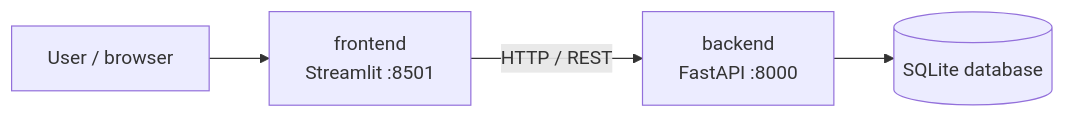
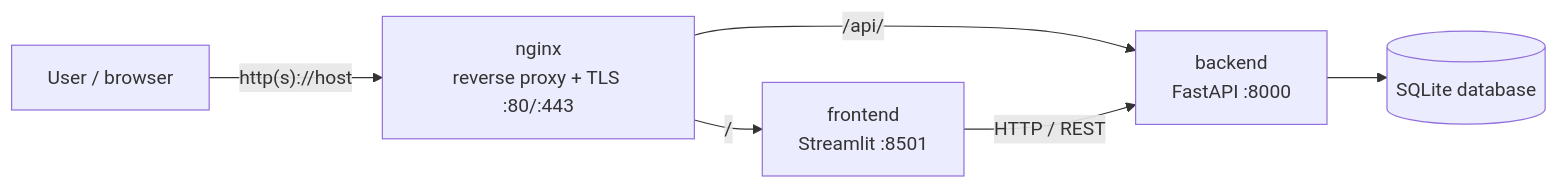
One commit to juro-candf/zadania-wdrozeniowe changed the diagram in README.md. Above: the diagram before and after it, drawn with Mermaid. The commit also changed other lines of this file and 3 other files, not shown here.

Commit message:
feature/reverse proxy

````diff
--- a/README.md
+++ b/README.md
@@ -57,6 +61,8 @@
 ```mermaid
 graph LR
-    U[User / browser] --> F[frontend<br/>Streamlit :8501]
-    F -- HTTP / REST --> B[backend<br/>FastAPI :8000]
+    U[User / browser] -->|"http(s)://host"| N[nginx<br/>reverse proxy + TLS :80/:443]
+    N -->|"/"| F[frontend<br/>Streamlit :8501]
+    N -->|"/api/"| B[backend<br/>FastAPI :8000]
+    F -- HTTP / REST --> B
     B --> D[(SQLite database)]
 ```
````
